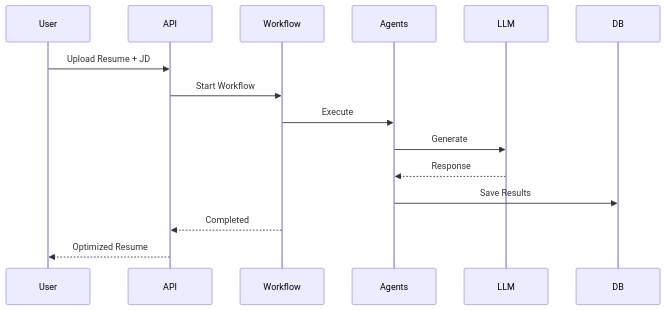
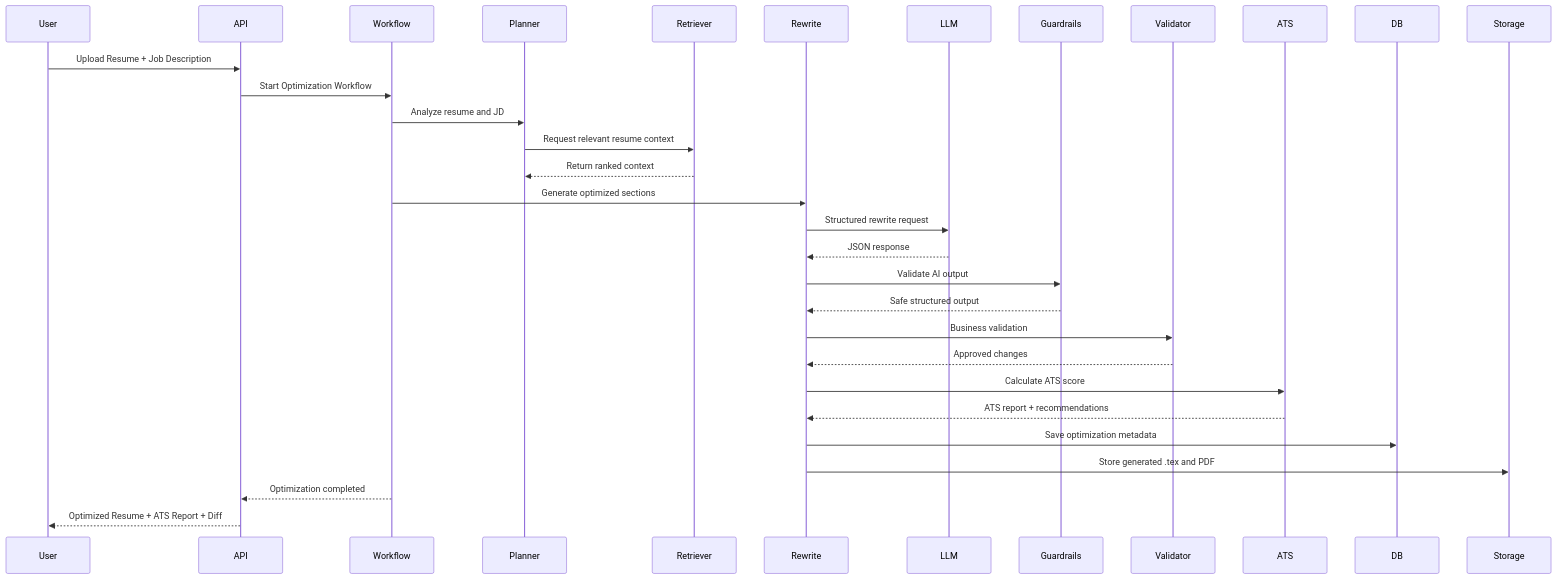
Before and after one commit to rsinghcodes/Tailr: the diagram in docs/Diagrams/03-Request-Lifecycle.mmd, drawn with Mermaid. The commit also changed 35 other files, not shown here.

Commit message:
updated documentation and diagram with guardrail

```diff
--- a/docs/Diagrams/03-Request-Lifecycle.mmd
+++ b/docs/Diagrams/03-Request-Lifecycle.mmd
@@ -1,24 +1,50 @@
 sequenceDiagram
 
 participant User
 participant API
 participant Workflow
-participant Agents
+participant Planner
+participant Retriever
+participant Rewrite
 participant LLM
+participant Guardrails
+participant Validator
+participant ATS
 participant DB
+participant Storage
 
-User->>API: Upload Resume + JD
+User->>API: Upload Resume + Job Description
 
-API->>Workflow: Start Workflow
+API->>Workflow: Start Optimization Workflow
 
-Workflow->>Agents: Execute
+Workflow->>Planner: Analyze resume and JD
 
-Agents->>LLM: Generate
+Planner->>Retriever: Request relevant resume context
 
-LLM-->>Agents: Response
+Retriever-->>Planner: Return ranked context
 
-Agents->>DB: Save Results
+Workflow->>Rewrite: Generate optimized sections
 
-Workflow-->>API: Completed
+Rewrite->>LLM: Structured rewrite request
 
-API-->>User: Optimized Resume
+LLM-->>Rewrite: JSON response
+
+Rewrite->>Guardrails: Validate AI output
+
+Guardrails-->>Rewrite: Safe structured output
+
+Rewrite->>Validator: Business validation
+
+Validator-->>Rewrite: Approved changes
+
+Rewrite->>ATS: Calculate ATS score
+
+ATS-->>Rewrite: ATS report + recommendations
+
+Rewrite->>DB: Save optimization metadata
+
+Rewrite->>Storage: Store generated .tex and PDF
+
+Workflow-->>API: Optimization completed
+
+API-->>User: Optimized Resume + ATS Report + Diff
```
